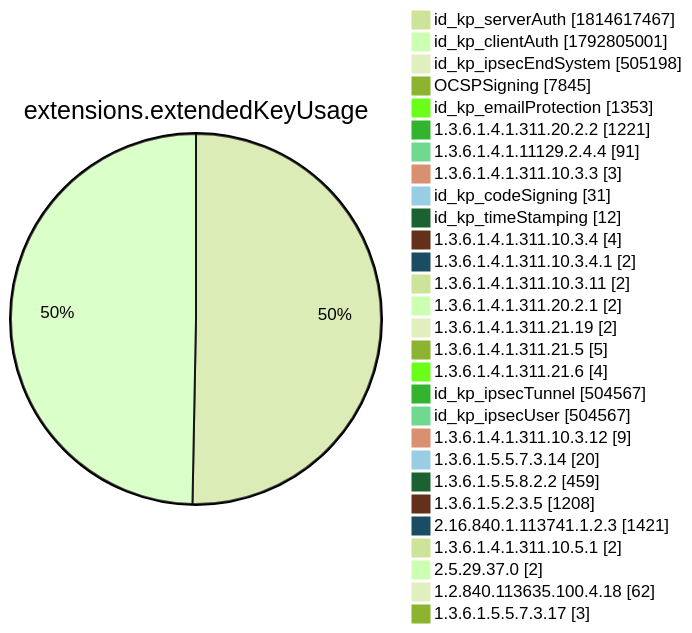
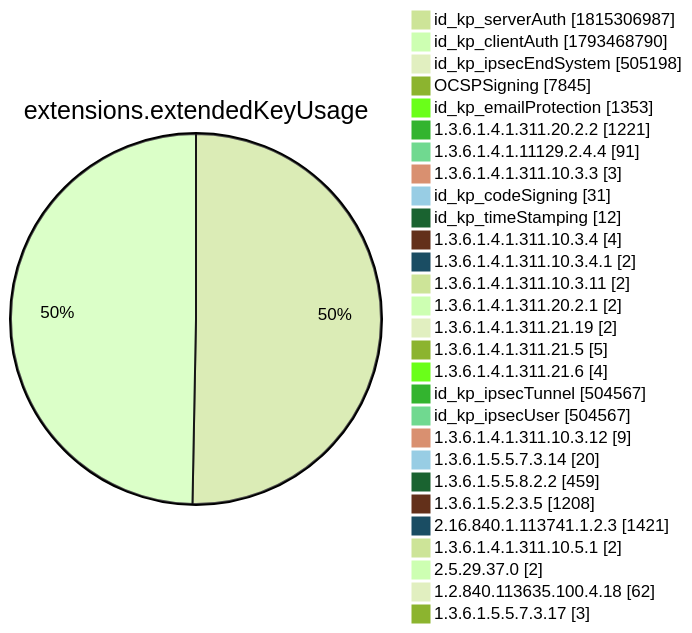
One commit to christiankrug/ctmonitor_visualization changed diagram 12 of 15 in xenon2022/README.md. Above: the diagram before and after it, drawn with Mermaid (forest theme). The commit also changed other lines of this file, not shown here.

````diff
--- a/xenon2022/README.md
+++ b/xenon2022/README.md
@@ -3895,32 +3895,32 @@
 ```mermaid
 pie showData
 title extensions.extendedKeyUsage
-"id_kp_serverAuth" :1814617467
-"id_kp_clientAuth" :1792805001
+"id_kp_serverAuth" :1815306987
+"id_kp_clientAuth" :1793468790
 "id_kp_ipsecEndSystem" :505198
 "OCSPSigning" :7845
 "id_kp_emailProtection" :1353
 "1.3.6.1.4.1.311.20.2.2" :1221
 "1.3.6.1.4.1.11129.2.4.4" :91
 "1.3.6.1.4.1.311.10.3.3" :3
 "id_kp_codeSigning" :31
 "id_kp_timeStamping" :12
 "1.3.6.1.4.1.311.10.3.4" :4
 "1.3.6.1.4.1.311.10.3.4.1" :2
 "1.3.6.1.4.1.311.10.3.11" :2
 "1.3.6.1.4.1.311.20.2.1" :2
 "1.3.6.1.4.1.311.21.19" :2
 "1.3.6.1.4.1.311.21.5" :5
 "1.3.6.1.4.1.311.21.6" :4
 "id_kp_ipsecTunnel" :504567
 "id_kp_ipsecUser" :504567
 "1.3.6.1.4.1.311.10.3.12" :9
 "1.3.6.1.5.5.7.3.14" :20
 "1.3.6.1.5.5.8.2.2" :459
 "1.3.6.1.5.2.3.5" :1208
 "2.16.840.1.113741.1.2.3" :1421
 "1.3.6.1.4.1.311.10.5.1" :2
 "2.5.29.37.0" :2
 "1.2.840.113635.100.4.18" :62
 "1.3.6.1.5.5.7.3.17" :3
 ```
````
